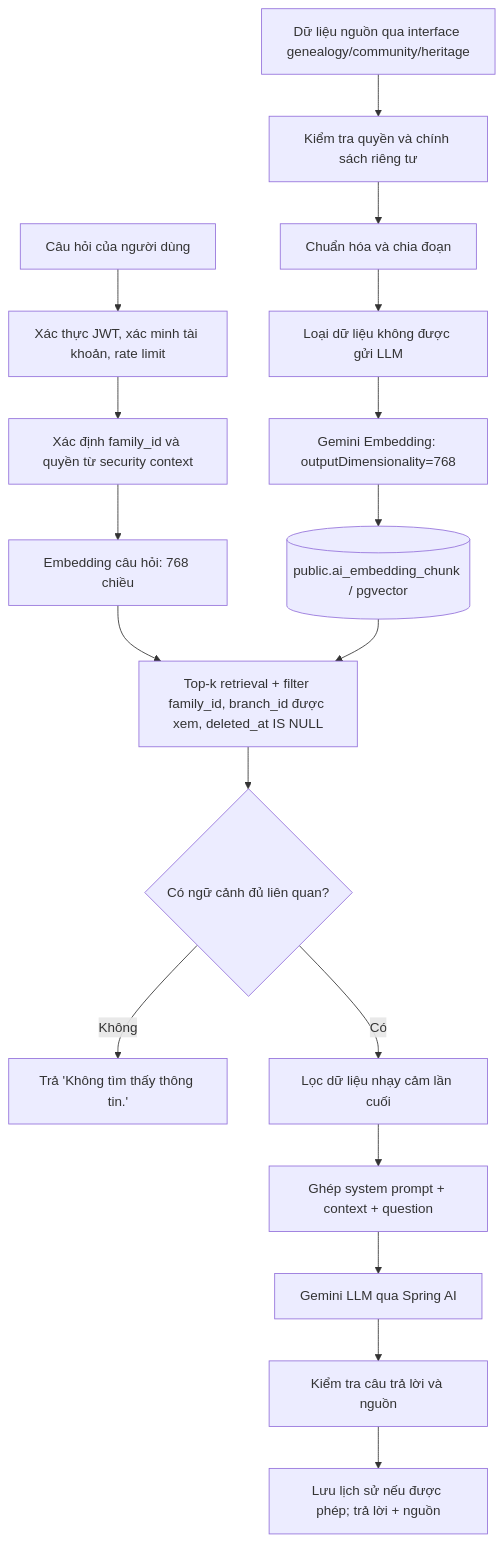
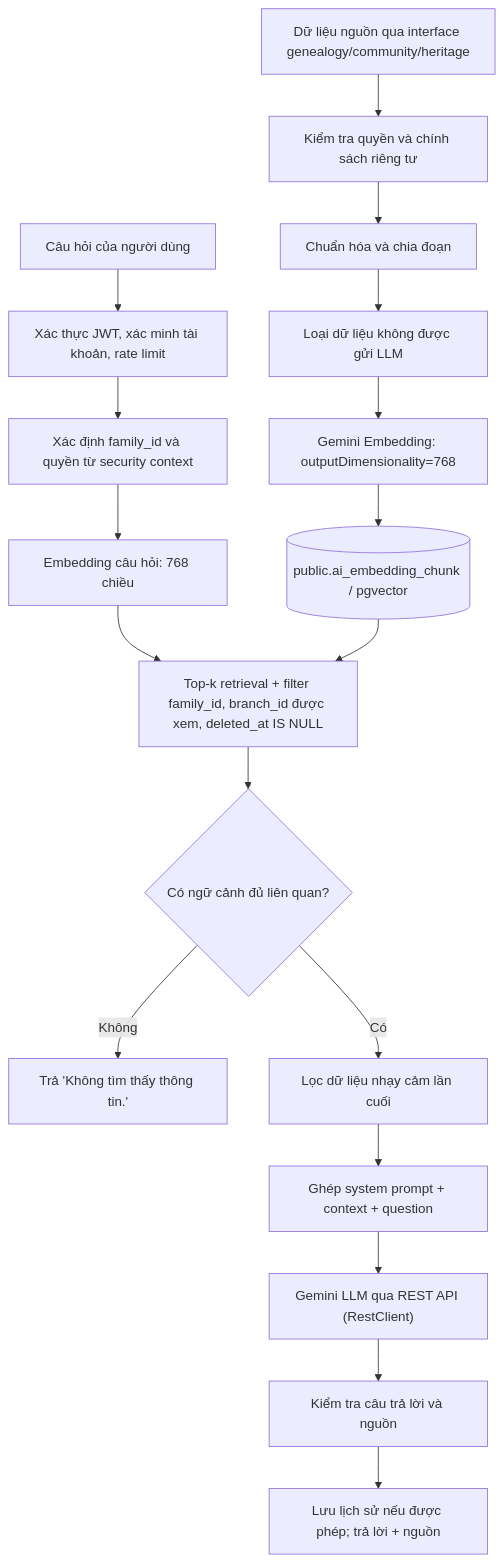
One commit to ngthanhtuann/ai-powered-digital-family-community-platform changed the diagram in docs/02-design/ai-rag.md. Above: the diagram before and after it, drawn with Mermaid. The commit also changed other lines of this file and 9 other files, not shown here.

````diff
--- a/docs/02-design/ai-rag.md
+++ b/docs/02-design/ai-rag.md
@@ -10,20 +10,20 @@
 ```mermaid
 flowchart TD
     A["Dữ liệu nguồn qua interface genealogy/community/heritage"] --> B["Kiểm tra quyền và chính sách riêng tư"]
     B --> C["Chuẩn hóa và chia đoạn"]
     C --> D["Loại dữ liệu không được gửi LLM"]
     D --> E["Gemini Embedding: outputDimensionality=768"]
     E --> F[("public.ai_embedding_chunk / pgvector")]
     U["Câu hỏi của người dùng"] --> V["Xác thực JWT, xác minh tài khoản, rate limit"]
     V --> W["Xác định family_id và quyền từ security context"]
     W --> X["Embedding câu hỏi: 768 chiều"]
     X --> Y["Top-k retrieval + filter family_id, branch_id được xem, deleted_at IS NULL"]
     F --> Y
     Y --> Z{"Có ngữ cảnh đủ liên quan?"}
     Z -- "Không" --> N["Trả 'Không tìm thấy thông tin.'"]
     Z -- "Có" --> P["Lọc dữ liệu nhạy cảm lần cuối"]
     P --> Q["Ghép system prompt + context + question"]
-    Q --> R["Gemini LLM qua Spring AI"]
+    Q --> R["Gemini LLM qua REST API (RestClient)"]
     R --> S["Kiểm tra câu trả lời và nguồn"]
     S --> T["Lưu lịch sử nếu được phép; trả lời + nguồn"]
 ```
````
